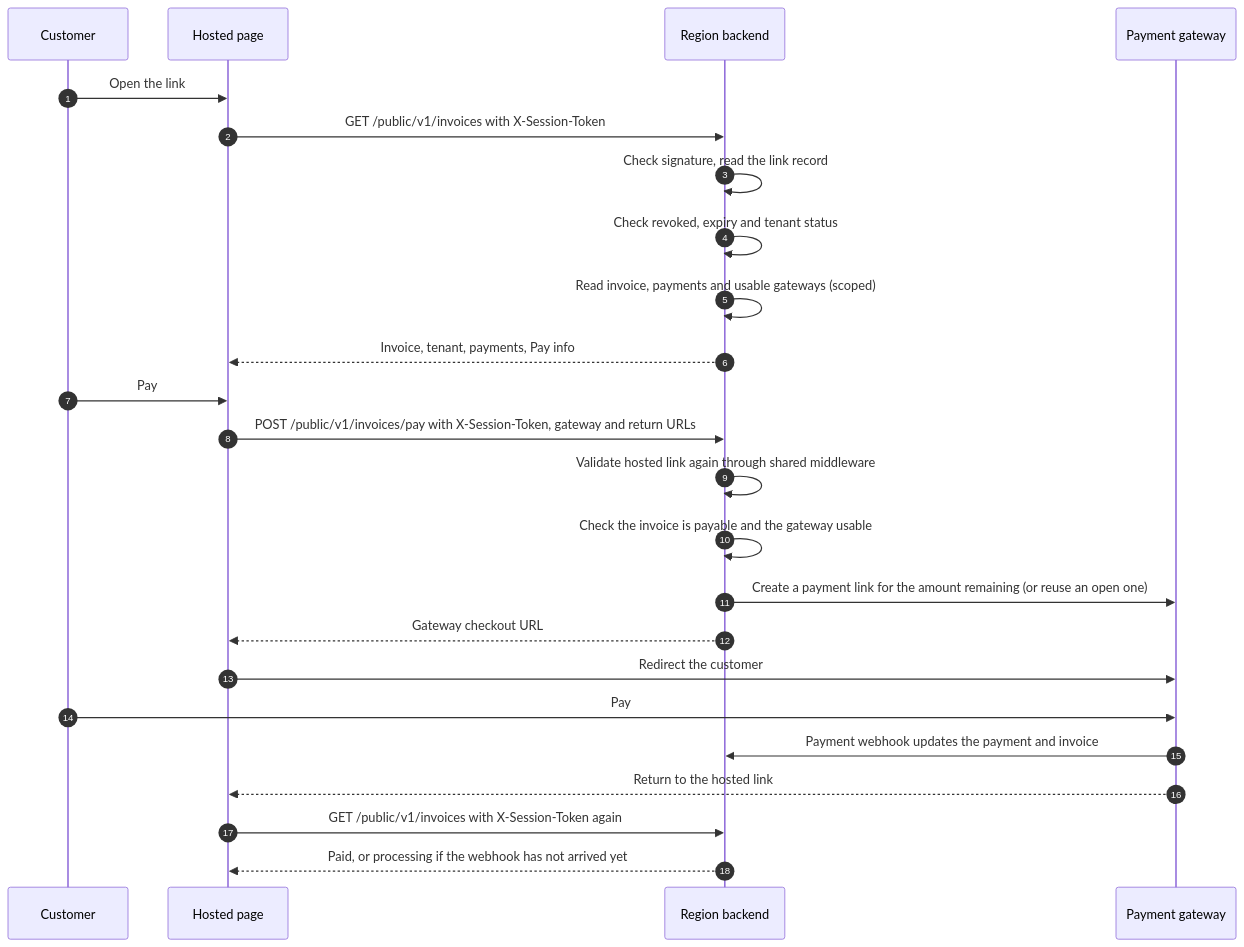
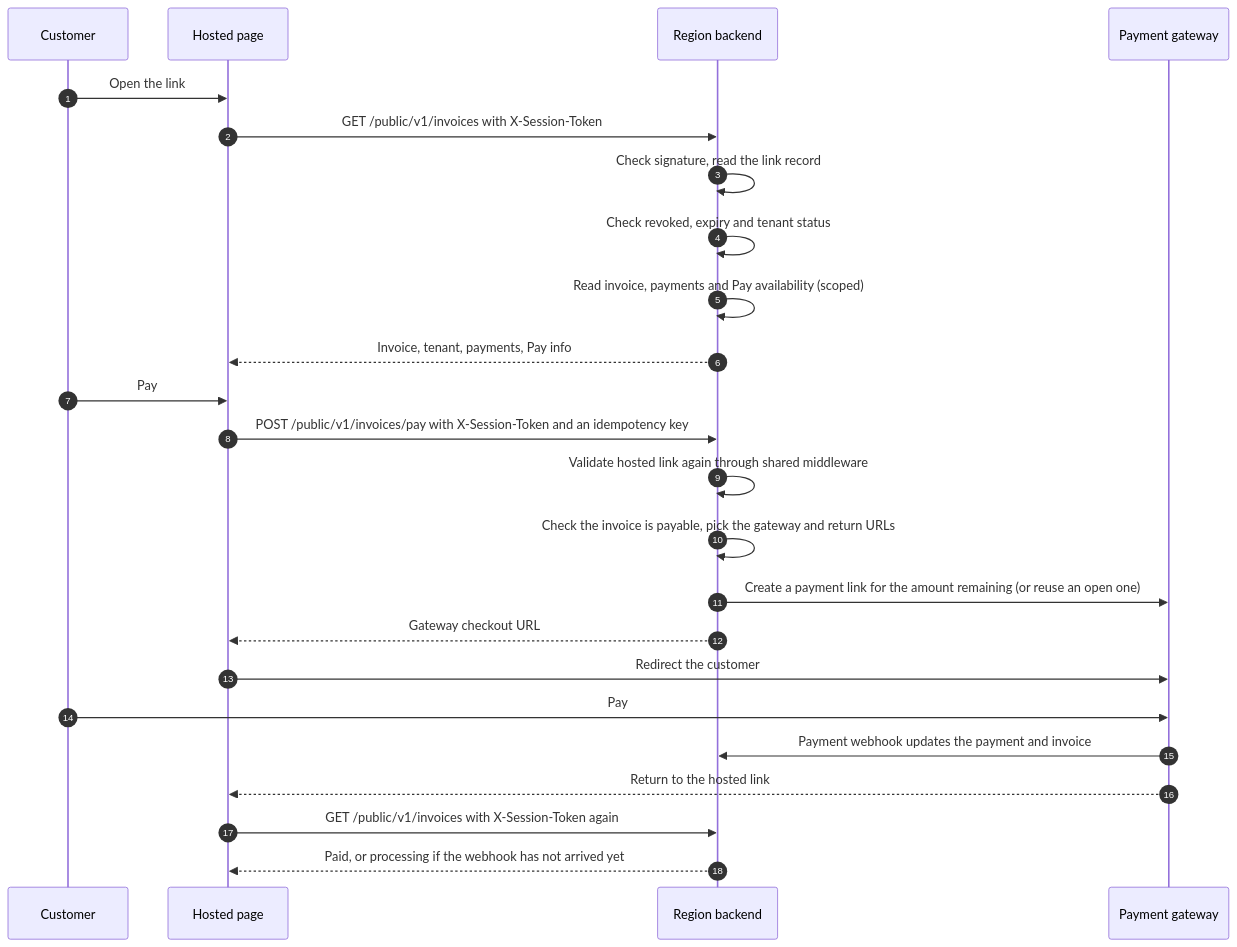
Before and after one commit to flexprice/flexprice: the fourth of 4 diagrams in docs/design/2026-10-14-hosted-invoice-erd.md, drawn with Mermaid. The commit also changed other lines of this file, not shown here.

Commit message:
docs: hosted invoice pay picks the gateway and return URLs on the backend

````diff
--- a/docs/design/2026-10-14-hosted-invoice-erd.md
+++ b/docs/design/2026-10-14-hosted-invoice-erd.md
@@ -438,27 +432,27 @@
 ```mermaid
 sequenceDiagram
   autonumber
   participant Cu as Customer
   participant P as Hosted page
   participant B as Region backend
   participant G as Payment gateway
 
   Cu->>P: Open the link
   P->>B: GET /public/v1/invoices with X-Session-Token
   B->>B: Check signature, read the link record
   B->>B: Check revoked, expiry and tenant status
-  B->>B: Read invoice, payments and usable gateways (scoped)
+  B->>B: Read invoice, payments and Pay availability (scoped)
   B-->>P: Invoice, tenant, payments, Pay info
   Cu->>P: Pay
-  P->>B: POST /public/v1/invoices/pay with X-Session-Token, gateway and return URLs
+  P->>B: POST /public/v1/invoices/pay with X-Session-Token and an idempotency key
   B->>B: Validate hosted link again through shared middleware
-  B->>B: Check the invoice is payable and the gateway usable
+  B->>B: Check the invoice is payable, pick the gateway and return URLs
   B->>G: Create a payment link for the amount remaining (or reuse an open one)
   B-->>P: Gateway checkout URL
   P->>G: Redirect the customer
   Cu->>G: Pay
   G->>B: Payment webhook updates the payment and invoice
   G-->>P: Return to the hosted link
   P->>B: GET /public/v1/invoices with X-Session-Token again
   B-->>P: Paid, or processing if the webhook has not arrived yet
 ```
````
